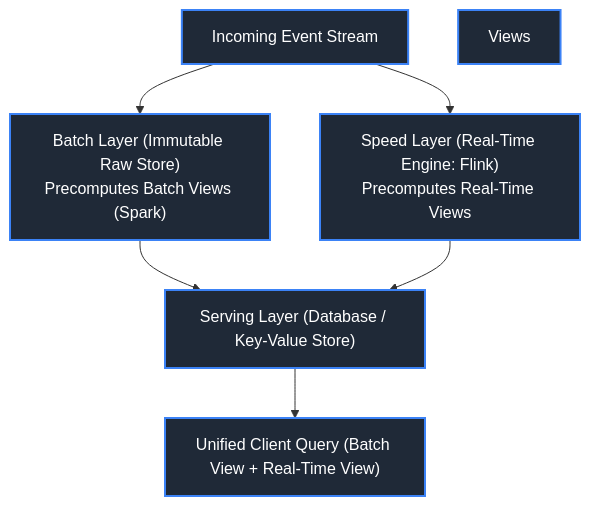
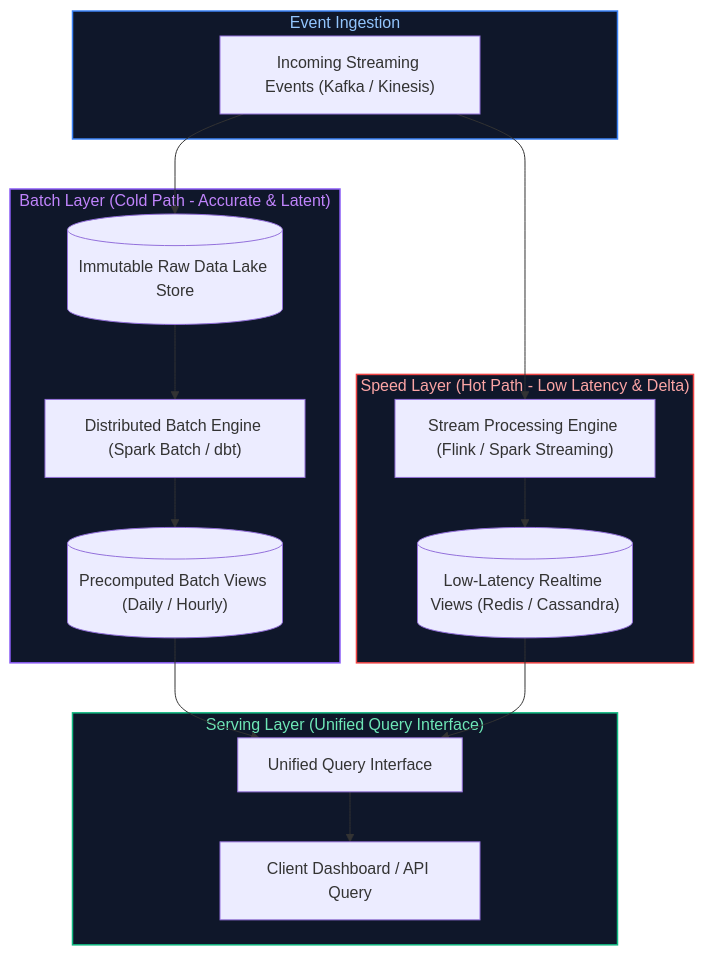
One commit to joydeep-biswas/Interview-Preparation changed the fifth of 30 diagrams in Data Engineering/06_data_architecture_and_modeling.md. Above: the diagram before and after it, drawn with Mermaid. The commit also changed other lines of this file and 143 other files, not shown here.

````diff
--- a/Data Engineering/06_data_architecture_and_modeling.md
+++ b/Data Engineering/06_data_architecture_and_modeling.md
@@ -252,17 +281,35 @@
 ```mermaid
 flowchart TD
-    DataStream["Incoming Event Stream"] --> BatchLayer["Batch Layer (Immutable Raw Store)<br/>Precomputes Batch Views (Spark)"]
-    DataStream --> SpeedLayer["Speed Layer (Real-Time Engine: Flink)<br/>Precomputes Real-Time Views"]
+    subgraph IngestionStream ["Event Ingestion"]
+        Events["Incoming Streaming Events (Kafka / Kinesis)"]
+    end
 
-    BatchLayer --> ServingLayer["Serving Layer (Database / Key-Value Store)"]
-    SpeedLayer --> ServingLayer
+    subgraph BatchLayer ["Batch Layer (Cold Path - Accurate & Latent)"]
+        MasterStore[("Immutable Raw Data Lake Store")]
+        BatchCompute["Distributed Batch Engine (Spark Batch / dbt)"]
+        BatchViews[("Precomputed Batch Views (Daily / Hourly)")]
+        MasterStore --> BatchCompute --> BatchViews
+    end
 
-    ServingLayer --> Query["Unified Client Query (Batch View + Real-Time View)"]
+    subgraph SpeedLayer ["Speed Layer (Hot Path - Low Latency & Delta)"]
+        StreamCompute["Stream Processing Engine (Flink / Spark Streaming)"]
+        RealtimeViews[("Low-Latency Realtime Views (Redis / Cassandra)")]
+        StreamCompute --> RealtimeViews
+    end
 
-    style DataStream fill:#1f2937,stroke:#3b82f6,stroke-width:2px,color:#fff
-    style BatchLayer fill:#1f2937,stroke:#3b82f6,stroke-width:2px,color:#fff
-    style Views fill:#1f2937,stroke:#3b82f6,stroke-width:2px,color:#fff
-    style SpeedLayer fill:#1f2937,stroke:#3b82f6,stroke-width:2px,color:#fff
-    style ServingLayer fill:#1f2937,stroke:#3b82f6,stroke-width:2px,color:#fff
-    style Query fill:#1f2937,stroke:#3b82f6,stroke-width:2px,color:#fff
+    subgraph ServingLayer ["Serving Layer (Unified Query Interface)"]
+        QueryInterface["Unified Query Interface"]
+        BatchViews --> QueryInterface
+        RealtimeViews --> QueryInterface
+        Dashboard["Client Dashboard / API Query"]
+        QueryInterface --> Dashboard
+    end
+
+    Events --> MasterStore
+    Events --> StreamCompute
+
+    style IngestionStream fill:#0f172a,stroke:#3b82f6,stroke-width:1.5px,color:#93c5fd
+    style BatchLayer fill:#0f172a,stroke:#8b5cf6,stroke-width:1.5px,color:#c084fc
+    style SpeedLayer fill:#0f172a,stroke:#ef4444,stroke-width:1.5px,color:#fca5a5
+    style ServingLayer fill:#0f172a,stroke:#10b981,stroke-width:1.5px,color:#6ee7b7
 ```
````
